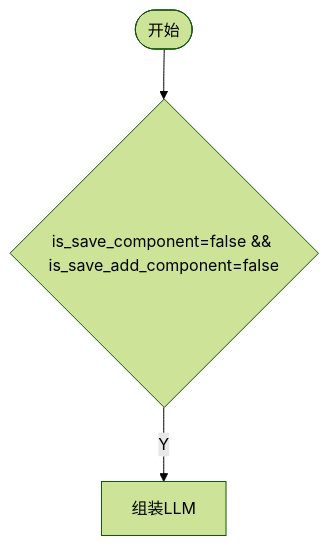
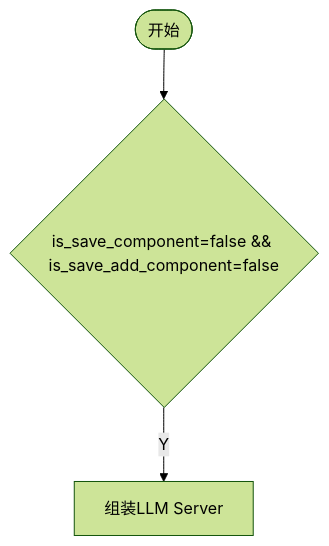
The diagram in all/未命名-7.md (yingjianzh/iodraw-files), drawn with Mermaid (forest theme) before and after one commit.

Commit message:
2024-10-12 13:49:54 update

````diff
--- a/all/未命名-7.md
+++ b/all/未命名-7.md
@@ -1,7 +1,7 @@
 ```mermaid
 flowchart TD
     A([开始]) --> B{is_save_component=false && is_save_add_component=false}
-    B -- Y --> C[组装LLM]
+    B -- Y --> C[组装LLM Server]
     
 
 ```
````
